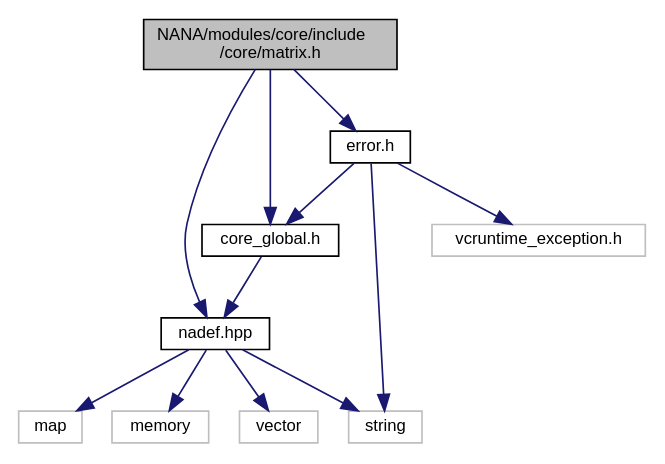
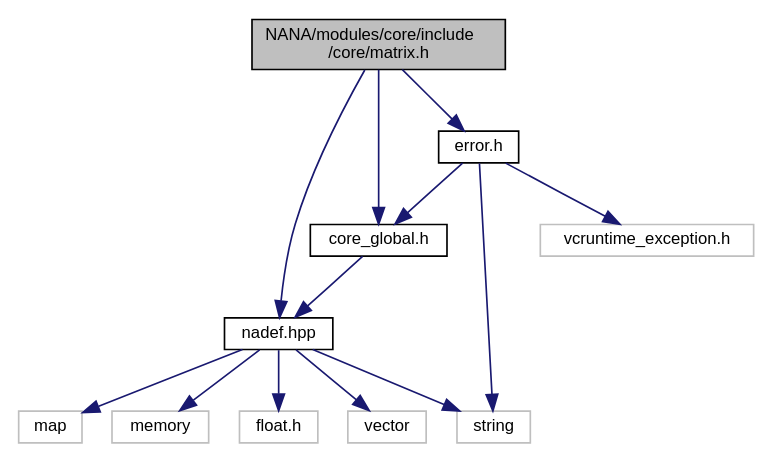
Before and after one commit to YuruTu/NANA: the diagram in docs/matrix_8h__incl.dot, drawn with Graphviz. The commit also changed 91 other files, not shown here.

```diff
--- a/docs/matrix_8h__incl.dot
+++ b/docs/matrix_8h__incl.dot
@@ -1,26 +1,28 @@
 digraph "NANA/modules/core/include/core/matrix.h"
 {
  // LATEX_PDF_SIZE
   edge [fontname="Helvetica",fontsize="10",labelfontname="Helvetica",labelfontsize="10"];
   node [fontname="Helvetica",fontsize="10",shape=record];
   Node1 [label="NANA/modules/core/include\l/core/matrix.h",height=0.2,width=0.4,color="black", fillcolor="grey75", style="filled", fontcolor="black",tooltip="简单矩阵类(效率不高，但易于理解，很多时候会触发复制构造函数)，不同于Mat"];
   Node1 -> Node2 [color="midnightblue",fontsize="10",style="solid",fontname="Helvetica"];
   Node2 [label="core_global.h",height=0.2,width=0.4,color="black", fillcolor="white", style="filled",URL="$core__global_8h.html",tooltip="全局头文件"];
   Node2 -> Node3 [color="midnightblue",fontsize="10",style="solid",fontname="Helvetica"];
   Node3 [label="nadef.hpp",height=0.2,width=0.4,color="black", fillcolor="white", style="filled",URL="$nadef_8hpp_source.html",tooltip=" "];
   Node3 -> Node4 [color="midnightblue",fontsize="10",style="solid",fontname="Helvetica"];
   Node4 [label="vector",height=0.2,width=0.4,color="grey75", fillcolor="white", style="filled",tooltip=" "];
   Node3 -> Node5 [color="midnightblue",fontsize="10",style="solid",fontname="Helvetica"];
   Node5 [label="string",height=0.2,width=0.4,color="grey75", fillcolor="white", style="filled",tooltip=" "];
   Node3 -> Node6 [color="midnightblue",fontsize="10",style="solid",fontname="Helvetica"];
   Node6 [label="map",height=0.2,width=0.4,color="grey75", fillcolor="white", style="filled",tooltip=" "];
   Node3 -> Node7 [color="midnightblue",fontsize="10",style="solid",fontname="Helvetica"];
   Node7 [label="memory",height=0.2,width=0.4,color="grey75", fillcolor="white", style="filled",tooltip=" "];
-  Node1 -> Node8 [color="midnightblue",fontsize="10",style="solid",fontname="Helvetica"];
-  Node8 [label="error.h",height=0.2,width=0.4,color="black", fillcolor="white", style="filled",URL="$error_8h.html",tooltip="用于抛出异常"];
-  Node8 -> Node2 [color="midnightblue",fontsize="10",style="solid",fontname="Helvetica"];
-  Node8 -> Node9 [color="midnightblue",fontsize="10",style="solid",fontname="Helvetica"];
-  Node9 [label="vcruntime_exception.h",height=0.2,width=0.4,color="grey75", fillcolor="white", style="filled",tooltip=" "];
-  Node8 -> Node5 [color="midnightblue",fontsize="10",style="solid",fontname="Helvetica"];
+  Node3 -> Node8 [color="midnightblue",fontsize="10",style="solid",fontname="Helvetica"];
+  Node8 [label="float.h",height=0.2,width=0.4,color="grey75", fillcolor="white", style="filled",tooltip=" "];
+  Node1 -> Node9 [color="midnightblue",fontsize="10",style="solid",fontname="Helvetica"];
+  Node9 [label="error.h",height=0.2,width=0.4,color="black", fillcolor="white", style="filled",URL="$error_8h.html",tooltip="用于抛出异常，移植自OpenCV"];
+  Node9 -> Node2 [color="midnightblue",fontsize="10",style="solid",fontname="Helvetica"];
+  Node9 -> Node10 [color="midnightblue",fontsize="10",style="solid",fontname="Helvetica"];
+  Node10 [label="vcruntime_exception.h",height=0.2,width=0.4,color="grey75", fillcolor="white", style="filled",tooltip=" "];
+  Node9 -> Node5 [color="midnightblue",fontsize="10",style="solid",fontname="Helvetica"];
   Node1 -> Node3 [color="midnightblue",fontsize="10",style="solid",fontname="Helvetica"];
 }
```
